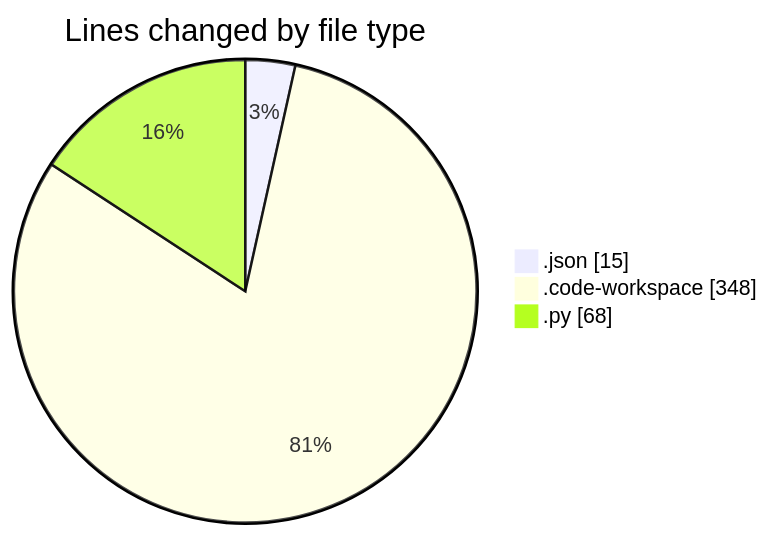
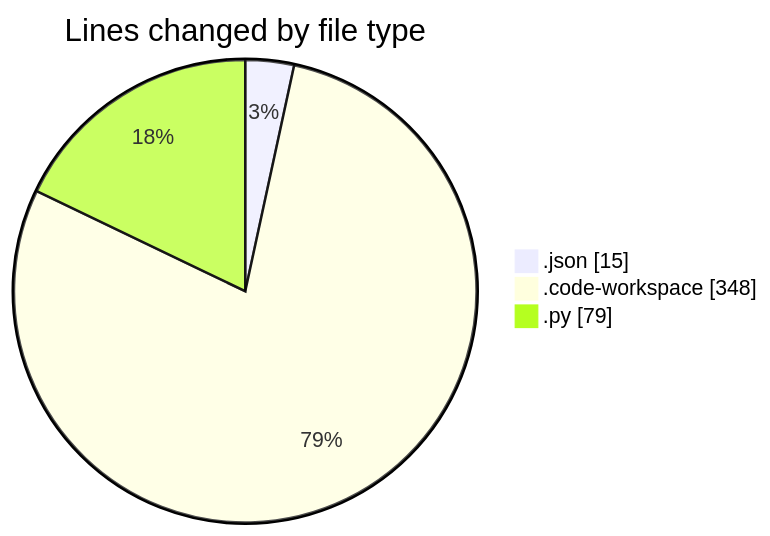
The first of 2 diagrams in 2025-02-25/myws__workspace_/README.md (MatusMokan/code-tracking), drawn with Mermaid before and after one commit. The commit also changed other lines of this file and 1 other file, not shown here.

````diff
--- a/2025-02-25/myws__workspace_/README.md
+++ b/2025-02-25/myws__workspace_/README.md
@@ -22,7 +22,7 @@
 ```mermaid
 pie showData
 title Lines changed by file type
 ".json" : 15
 ".code-workspace" : 348
-".py" : 68
+".py" : 79
 ```
````
